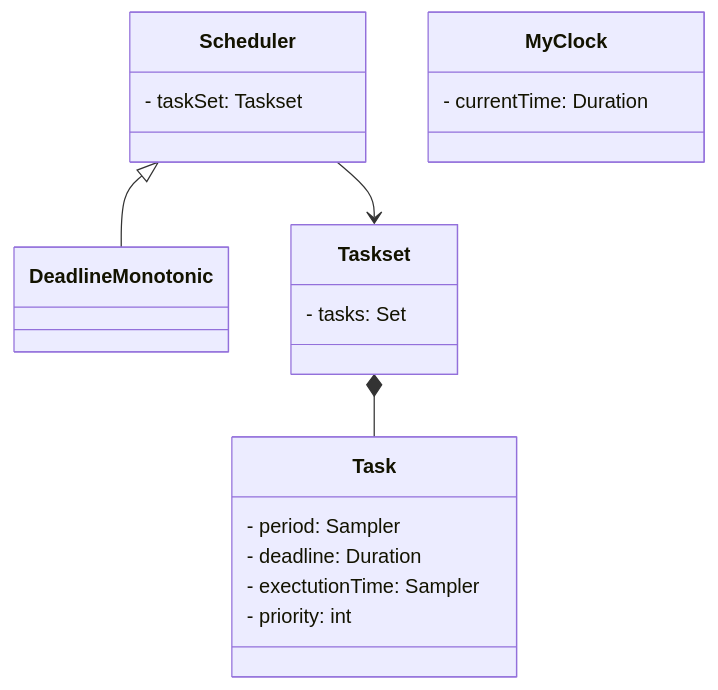
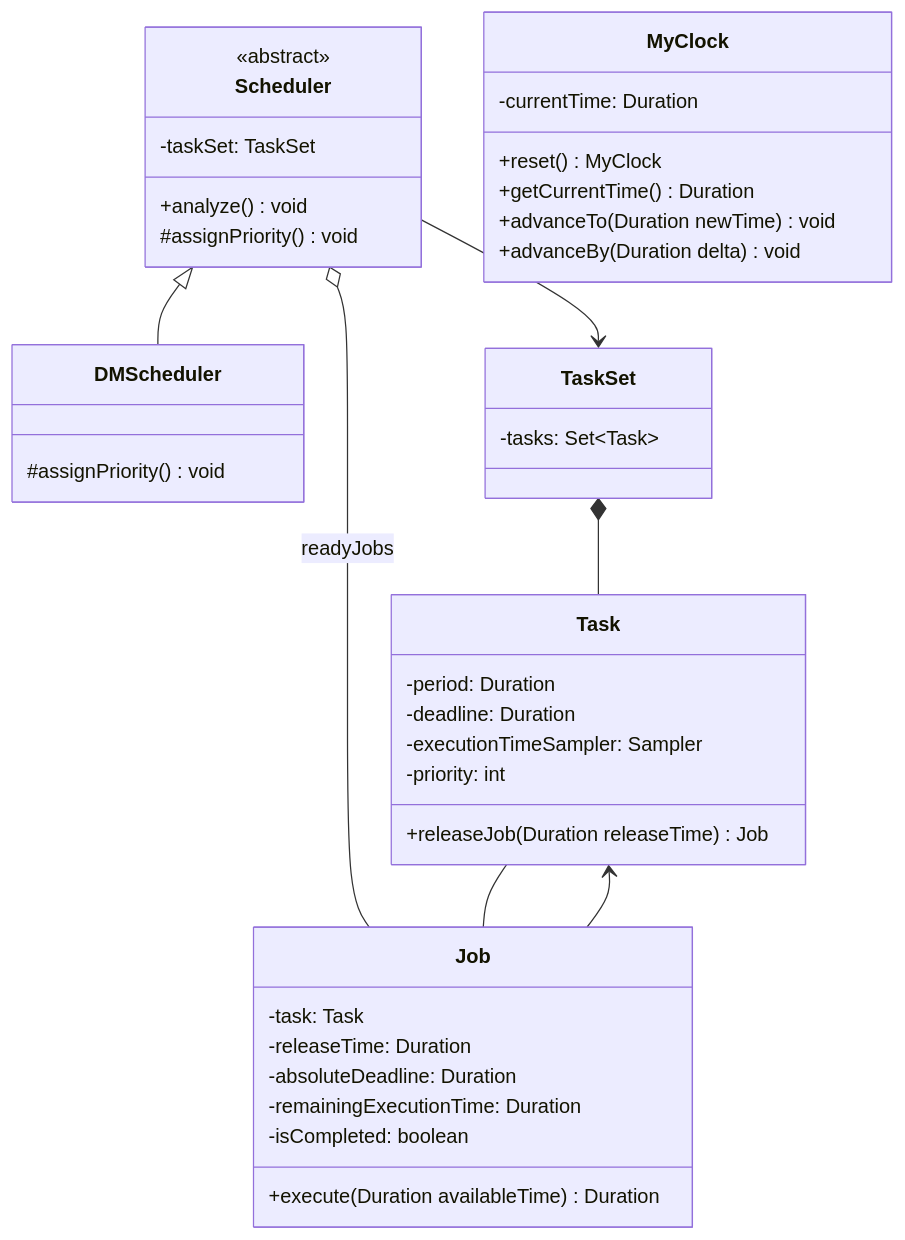
The diagram in report/images/1-simulator/class diagram.mmd (edoardosarri24/probabilistic-soft-real-time-analysis), drawn with Mermaid before and after one commit. The commit also changed 44 other files, not shown here.

```diff
--- a/report/images/1-simulator/class diagram.mmd
+++ b/report/images/1-simulator/class diagram.mmd
@@ -1,29 +1,48 @@
 classDiagram
-
-    %% class
     class Scheduler {
-        - taskSet: Taskset
+        <<abstract>>
+        -taskSet: TaskSet
+        +analyze() void
+        #assignPriority() void
     }
 
-    class DeadlineMonotonic {
+    class DMScheduler {
+        #assignPriority() void
     }
 
-    class Taskset {
-        - tasks: Set<Task>
+    class TaskSet {
+        -tasks: Set~Task~
     }
 
     class Task {
-        - period: Sampler
-        - deadline: Duration
-        - exectutionTime: Sampler
-        - priority: int
+        -period: Duration
+        -deadline: Duration
+        -executionTimeSampler: Sampler
+        -priority: int
+        +releaseJob(Duration releaseTime) Job
+    }
+
+    class Job {
+        -task: Task
+        -releaseTime: Duration
+        -absoluteDeadline: Duration
+        -remainingExecutionTime: Duration
+        -isCompleted: boolean
+        +execute(Duration availableTime) Duration
     }
 
     class MyClock {
-        - currentTime: Duration
+        -currentTime: Duration
+        +reset() MyClock
+        +getCurrentTime() Duration
+        +advanceTo(Duration newTime) void
+        +advanceBy(Duration delta) void
     }
 
-    %% relation
-    Scheduler  --> Taskset
-    Taskset *-- Task
-    Scheduler <|-- DeadlineMonotonic
+    %% Relations
+    Scheduler --> TaskSet
+    Scheduler o-- Job : readyJobs
+    TaskSet *-- Task
+    Task -- Job
+    Job --> Task
+    Scheduler <|-- DMScheduler
```
